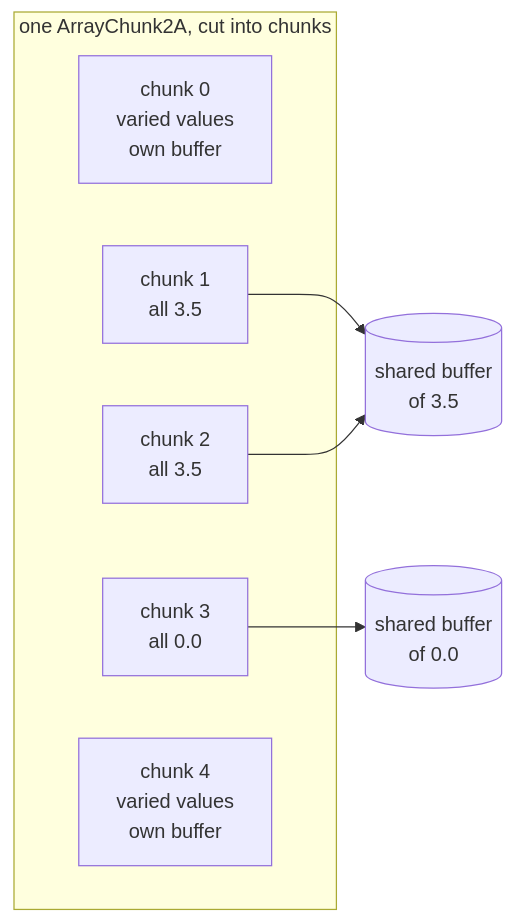
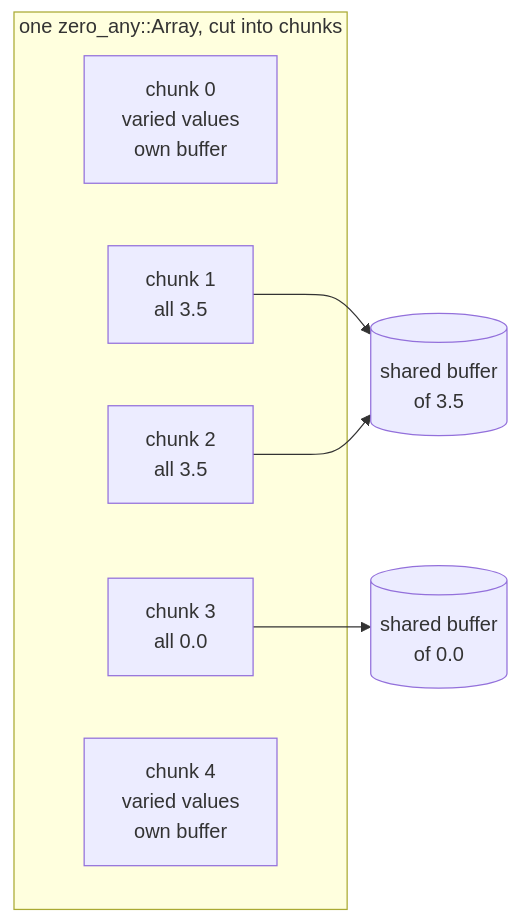
The diagram in README.md (cea-hpc/shrink-array), drawn with Mermaid before and after one commit. The commit also changed other lines of this file and 118 other files, not shown here.

First line of the commit message:
refactor: a namespace per array class -- zero::Array, zero_one_value::Array, zero_any::Array

````diff
--- a/README.md
+++ b/README.md
@@ -143,15 +143,15 @@
 ```mermaid
 flowchart LR
-    subgraph arr["one ArrayChunk2A, cut into chunks"]
+    subgraph arr["one zero_any::Array, cut into chunks"]
         c0["chunk 0<br/>varied values<br/>own buffer"]
         c1["chunk 1<br/>all 3.5"]
         c2["chunk 2<br/>all 3.5"]
         c3["chunk 3<br/>all 0.0"]
         c4["chunk 4<br/>varied values<br/>own buffer"]
     end
     k35[("shared buffer<br/>of 3.5")]
     k0[("shared buffer<br/>of 0.0")]
     c1 --> k35
     c2 --> k35
     c3 --> k0
 ```
````
